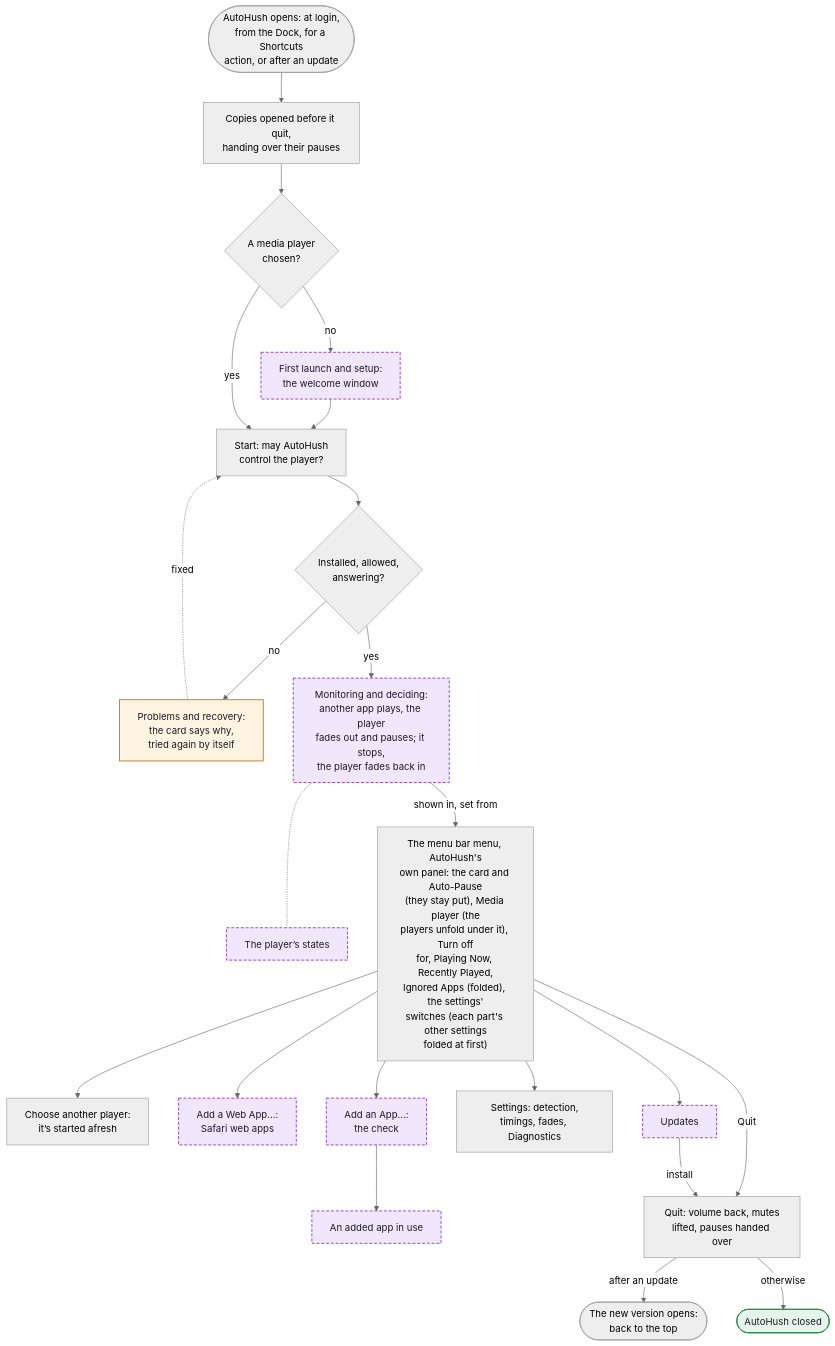
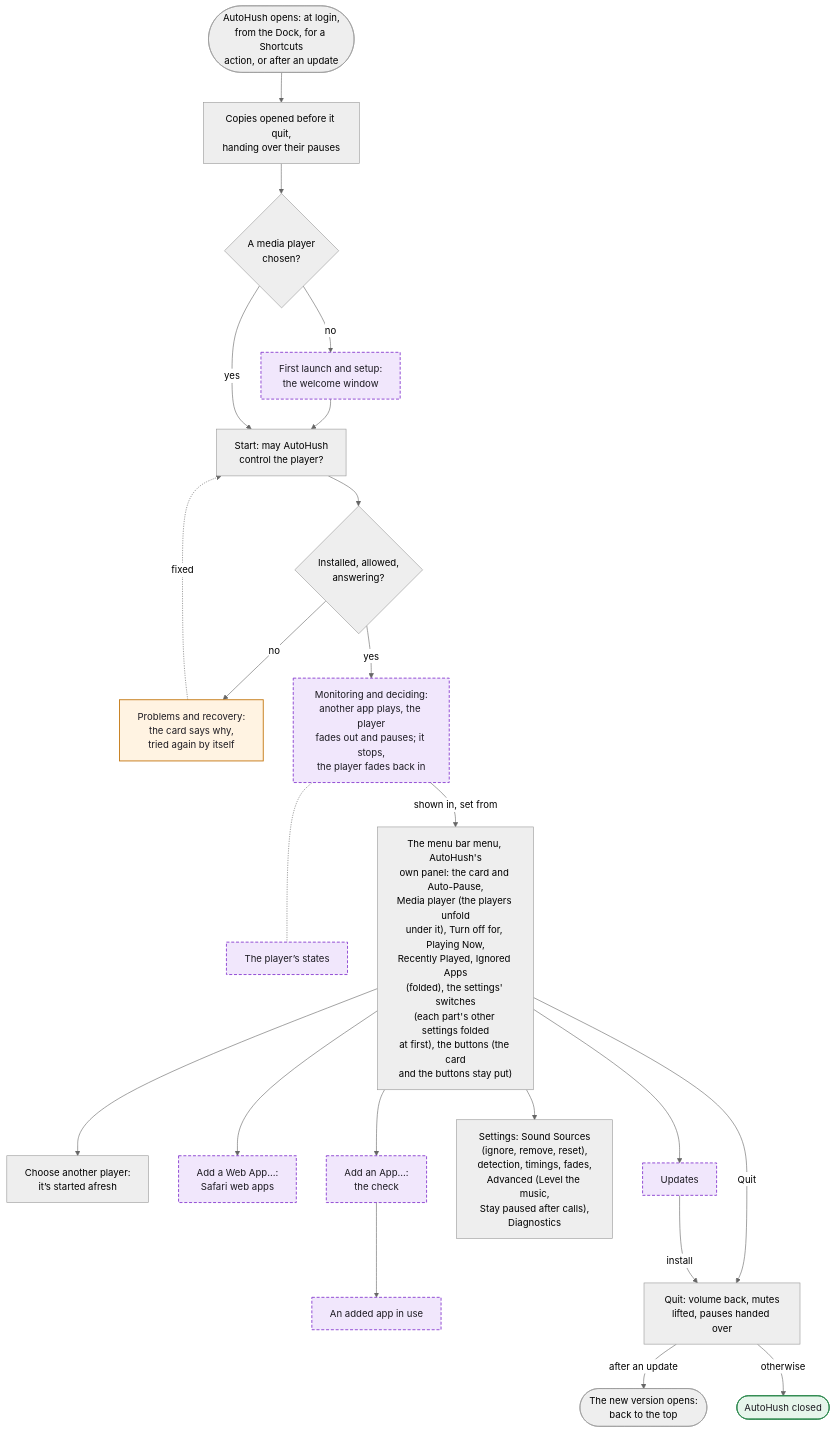
Before and after one commit to hfustercabre/AutoHush: the first of 14 diagrams in WORKFLOWS.md, drawn with Mermaid (neutral theme). The commit also changed other lines of this file and 128 other files, not shown here.

````diff
--- a/WORKFLOWS.md
+++ b/WORKFLOWS.md
@@ -24,48 +24,48 @@
 ```mermaid
 flowchart TD
   L(["AutoHush opens: at login,<br/>from the Dock, for a Shortcuts<br/>action, or after an update"])
   O["Copies opened before it quit,<br/>handing over their pauses"]
   C{"A media player<br/>chosen?"}
   W["First launch and setup:<br/>the welcome window"]
   S["Start: may AutoHush<br/>control the player?"]
   P{"Installed, allowed,<br/>answering?"}
   R["Problems and recovery:<br/>the card says why,<br/>tried again by itself"]
   M["Monitoring and deciding:<br/>another app plays, the player<br/>fades out and pauses; it stops,<br/>the player fades back in"]
   ST["The player’s states"]
-  MENU["The menu bar menu, AutoHush's<br/>own panel: the card and Auto-Pause<br/>(they stay put), Media player (the<br/>players unfold under it), Turn off<br/>for, Playing Now, Recently Played,<br/>Ignored Apps (folded), the settings'<br/>switches (each part's other settings<br/>folded at first)"]
+  MENU["The menu bar menu, AutoHush's<br/>own panel: the card and Auto-Pause,<br/>Media player (the players unfold<br/>under it), Turn off for, Playing Now,<br/>Recently Played, Ignored Apps<br/>(folded), the settings' switches<br/>(each part's other settings folded<br/>at first), the buttons (the card<br/>and the buttons stay put)"]
   CH["Choose another player:<br/>it’s started afresh"]
   WA["Add a Web App…:<br/>Safari web apps"]
   AA["Add an App…:<br/>the check"]
   AU["An added app in use"]
-  SET["Settings: detection,<br/>timings, fades, Diagnostics"]
+  SET["Settings: Sound Sources<br/>(ignore, remove, reset),<br/>detection, timings, fades,<br/>Advanced (Level the music,<br/>Stay paused after calls),<br/>Diagnostics"]
   UP["Updates"]
   Q["Quit: volume back, mutes<br/>lifted, pauses handed over"]
   RL(["The new version opens:<br/>back to the top"])
   QX(["AutoHush closed"])
 
   L --> O --> C
   C -->|"no"| W --> S
   C -->|"yes"| S
   S --> P
   P -->|"no"| R
   R -.->|"fixed"| S
   P -->|"yes"| M
   M -.- ST
   M -->|"shown in, set from"| MENU
   MENU --> CH
   MENU --> WA
   MENU --> AA --> AU
   MENU --> SET
   MENU --> UP
   MENU -->|"Quit"| Q
   UP -->|"install"| Q
   Q -->|"after an update"| RL
   Q -->|"otherwise"| QX
 
   class W,M,ST,WA,AA,AU,UP ref
   class R warn
   class QX done
   classDef ref fill:#f1e7fc,stroke:#8a3fd1,stroke-width:1.5px,stroke-dasharray: 5 3,color:#1d1b22
   classDef warn fill:#fff3e2,stroke:#c47812,stroke-width:1.5px,color:#1d1b22
   classDef done fill:#e6f5eb,stroke:#2f8a50,stroke-width:1.5px,color:#1d1b22
 ```
````
